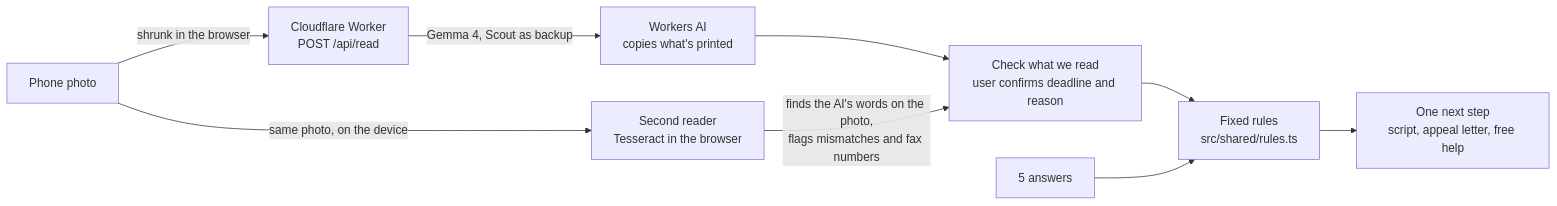
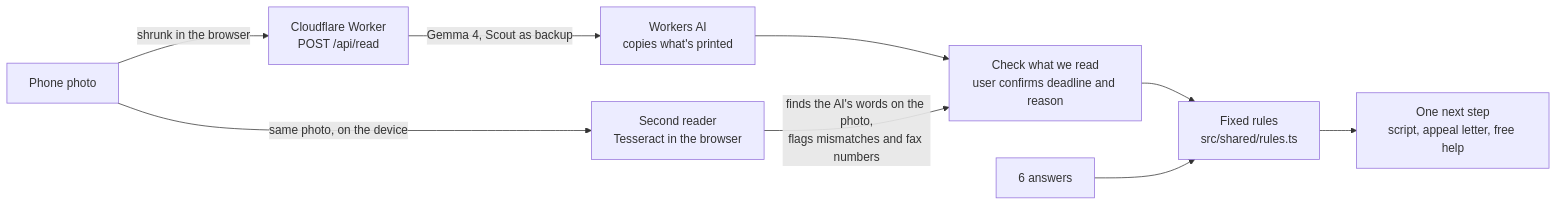
The diagram in README.md (h6ctqtwkkg-byte/appealpath), drawn with Mermaid before and after one commit. The commit also changed other lines of this file and 57 other files, not shown here.

````diff
--- a/README.md
+++ b/README.md
@@ -17,11 +17,11 @@
 ```mermaid
 flowchart LR
   P[Phone photo] -->|shrunk in the browser| W[Cloudflare Worker<br/>POST /api/read]
   W -->|Gemma 4, Scout as backup| AI[Workers AI<br/>copies what's printed]
   AI --> C[Check what we read<br/>user confirms deadline and reason]
   P -->|same photo, on the device| T[Second reader<br/>Tesseract in the browser]
   T -->|finds the AI's words on the photo,<br/>flags mismatches and fax numbers| C
   C --> R[Fixed rules<br/>src/shared/rules.ts]
-  Q[5 answers] --> R
+  Q[6 answers] --> R
   R --> N[One next step<br/>script, appeal letter, free help]
 ```
````
